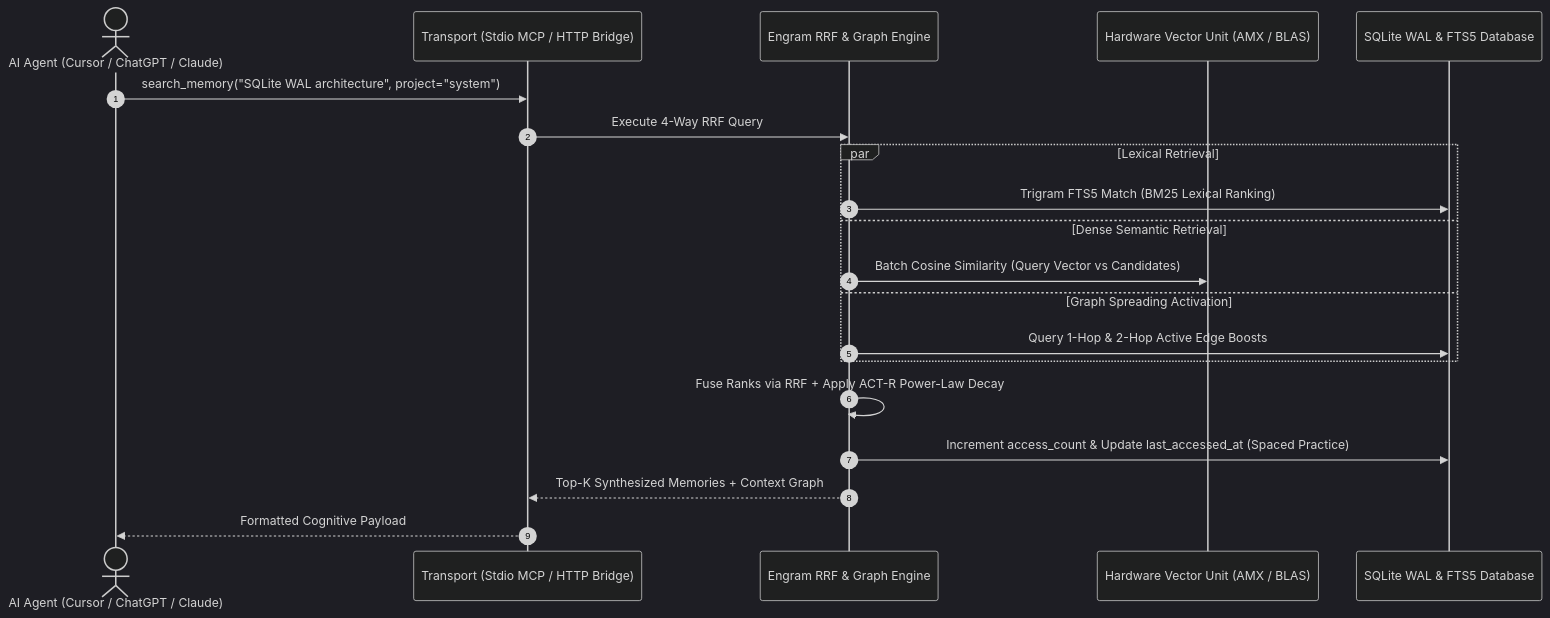
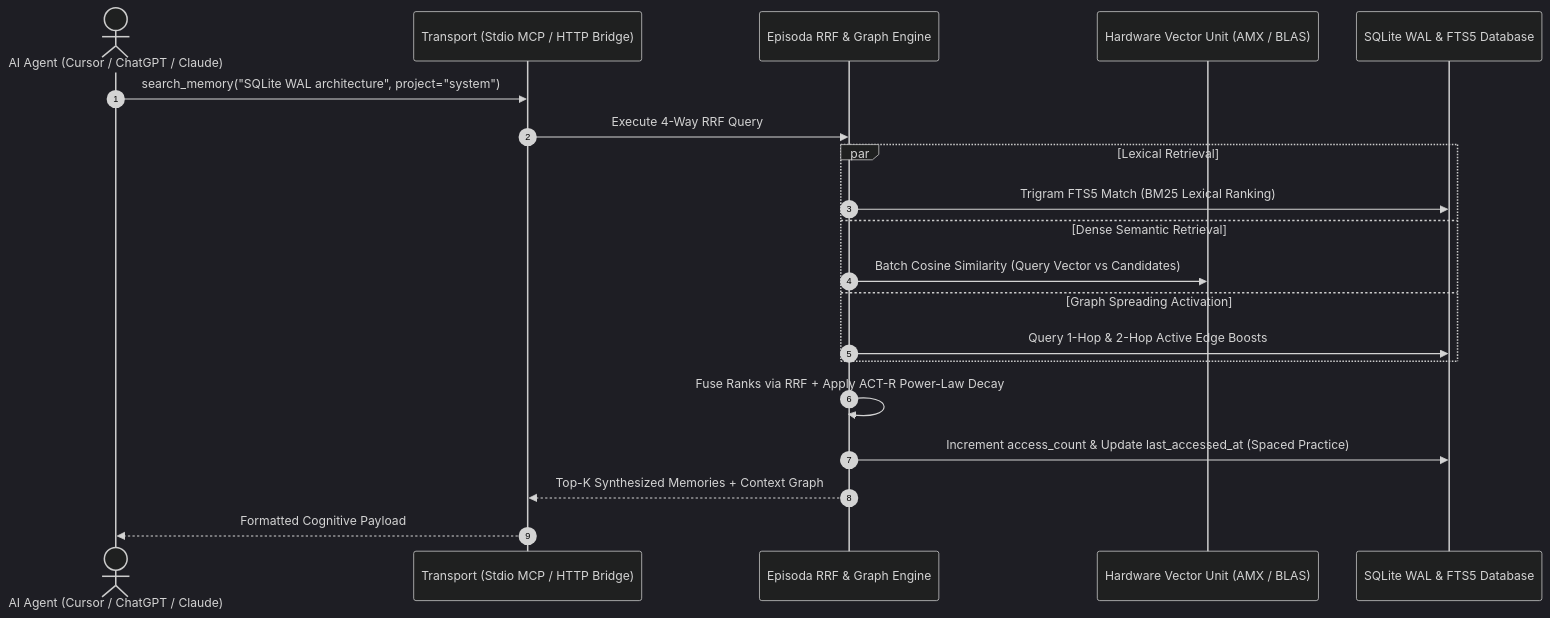
One commit to lalithbuilds/engram-alpha-mcp changed the diagram in README.md. Above: the diagram before and after it, drawn with Mermaid (dark theme). The commit also changed other lines of this file, not shown here.

Commit message:
docs: align architecture diagram titles with Episoda Alpha

````diff
--- a/README.md
+++ b/README.md
@@ -212,23 +212,23 @@
 ```mermaid
 sequenceDiagram
     autonumber
     actor UserAgent as AI Agent (Cursor / ChatGPT / Claude)
     participant Gateway as Transport (Stdio MCP / HTTP Bridge)
-    participant Kernel as Engram RRF & Graph Engine
+    participant Kernel as Episoda RRF & Graph Engine
     participant AMX as Hardware Vector Unit (AMX / BLAS)
     participant Storage as SQLite WAL & FTS5 Database
 
     UserAgent->>Gateway: search_memory("SQLite WAL architecture", project="system")
     Gateway->>Kernel: Execute 4-Way RRF Query
     par Lexical Retrieval
         Kernel->>Storage: Trigram FTS5 Match (BM25 Lexical Ranking)
     and Dense Semantic Retrieval
         Kernel->>AMX: Batch Cosine Similarity (Query Vector vs Candidates)
     and Graph Spreading Activation
         Kernel->>Storage: Query 1-Hop & 2-Hop Active Edge Boosts
     end
     Kernel->>Kernel: Fuse Ranks via RRF + Apply ACT-R Power-Law Decay
     Kernel->>Storage: Increment access_count & Update last_accessed_at (Spaced Practice)
     Kernel-->>Gateway: Top-K Synthesized Memories + Context Graph
     Gateway-->>UserAgent: Formatted Cognitive Payload
 ```
````
